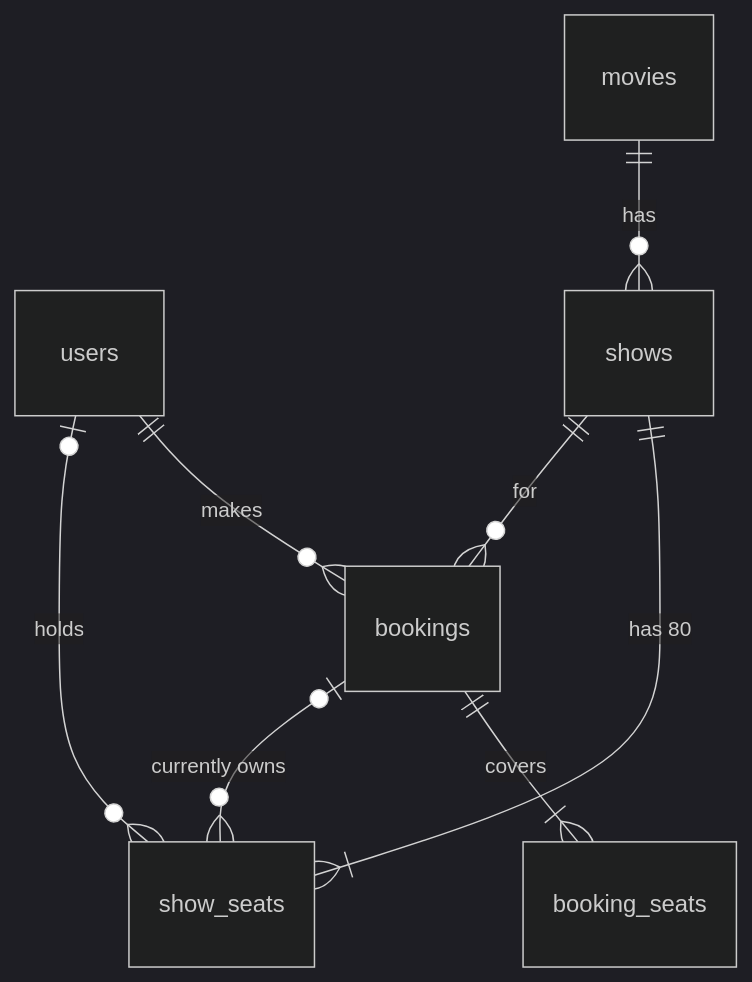
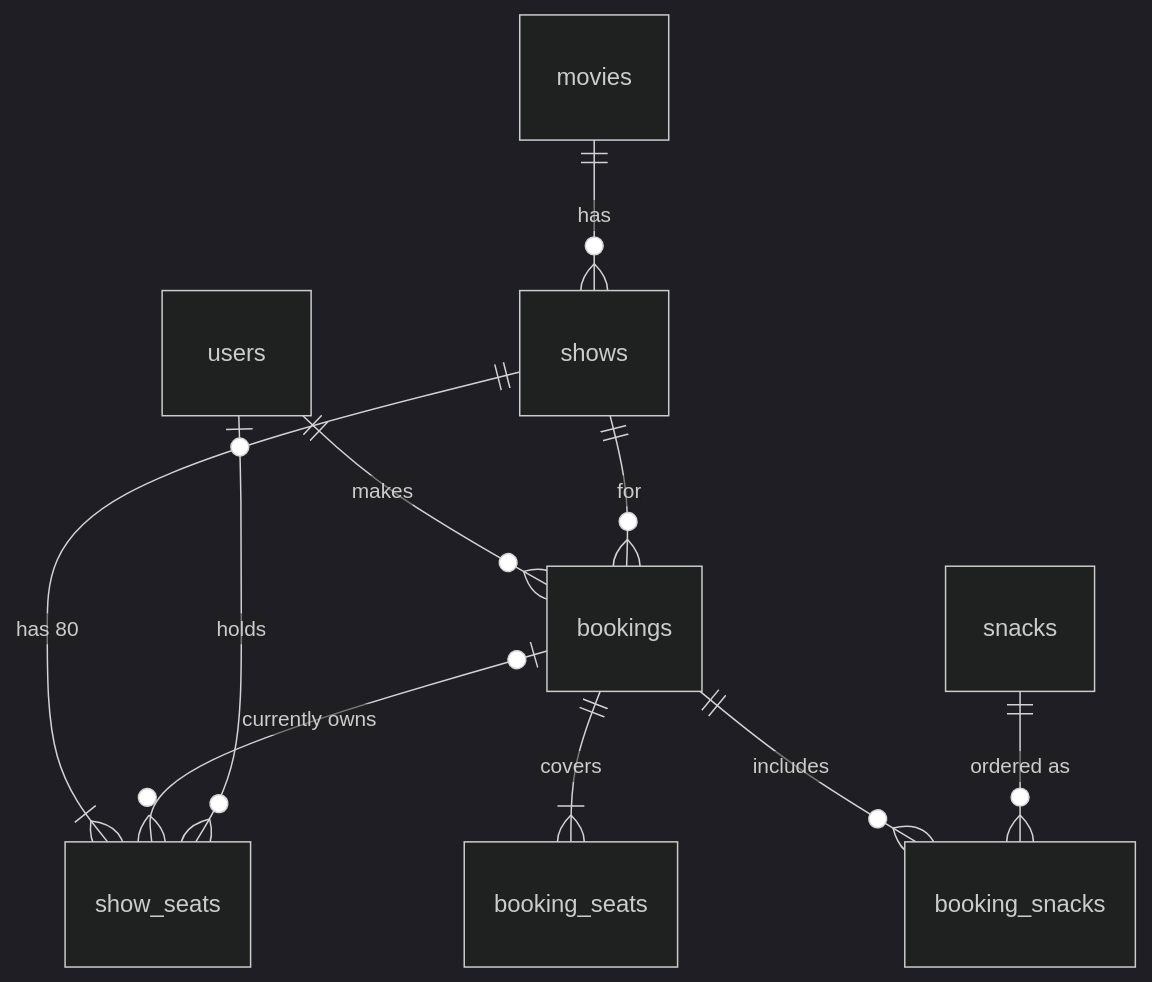
The diagram in README.md (malicious28/yozigo-movie-booking), drawn with Mermaid (dark theme) before and after one commit. The commit also changed other lines of this file and 14 other files, not shown here.

````diff
--- a/README.md
+++ b/README.md
@@ -126,10 +143,12 @@
 ```mermaid
 erDiagram
   users ||--o{ bookings : makes
   movies ||--o{ shows : "has"
   shows ||--|{ show_seats : "has 80"
   shows ||--o{ bookings : "for"
   bookings ||--|{ booking_seats : "covers"
+  bookings ||--o{ booking_snacks : "includes"
+  snacks ||--o{ booking_snacks : "ordered as"
   bookings |o--o{ show_seats : "currently owns"
   users |o--o{ show_seats : "holds"
 ```
````
